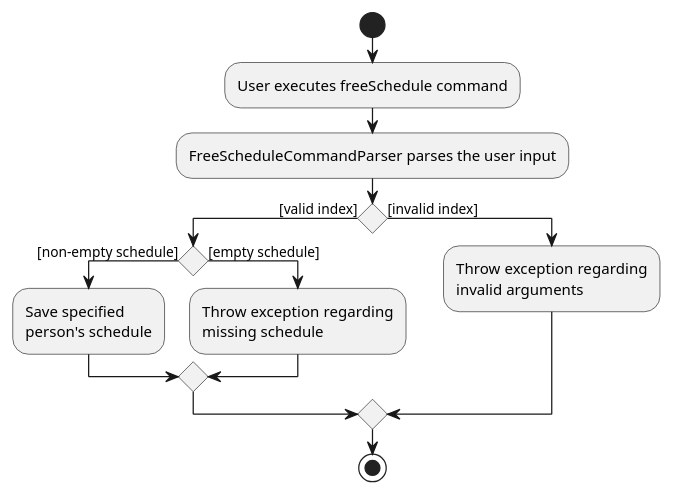
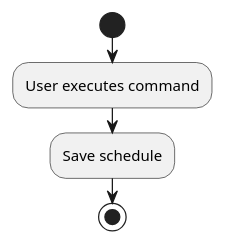
The diagram in docs/diagrams/ExportScheduleActivityDiagram.puml (vishandi/tp), drawn with PlantUML before and after one commit. The commit also changed 1 other file, not shown here.

Commit message:
Modify exportSchedule activity diagram to be more abstract

```diff
--- a/docs/diagrams/ExportScheduleActivityDiagram.puml
+++ b/docs/diagrams/ExportScheduleActivityDiagram.puml
@@ -1,20 +1,8 @@
 @startuml
 start
-:User executes freeSchedule command;
+:User executes command;
 
-:FreeScheduleCommandParser parses the user input;
+:Save schedule;
 
-if () then ([valid index])
-    if () then ([non-empty schedule])
-    :Save specified
-    person's schedule;
-    else ([empty schedule])
-    :Throw exception regarding
-    missing schedule;
-    endif
-else ([invalid index])
-    :Throw exception regarding
-    invalid arguments;
-endif
 stop
 @enduml
```
